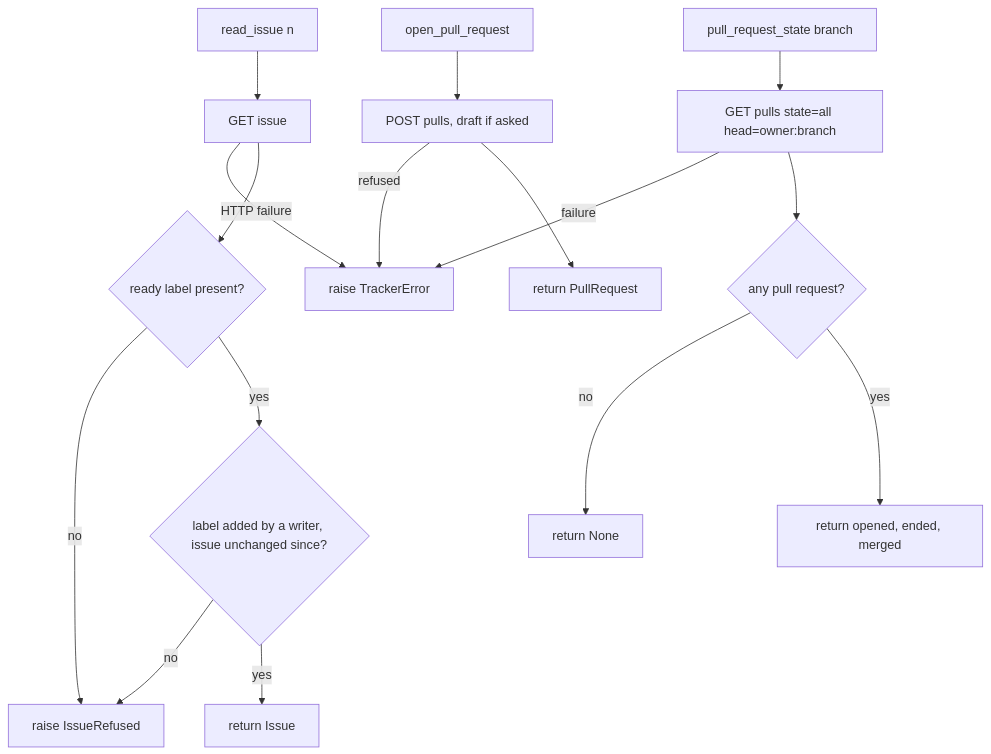
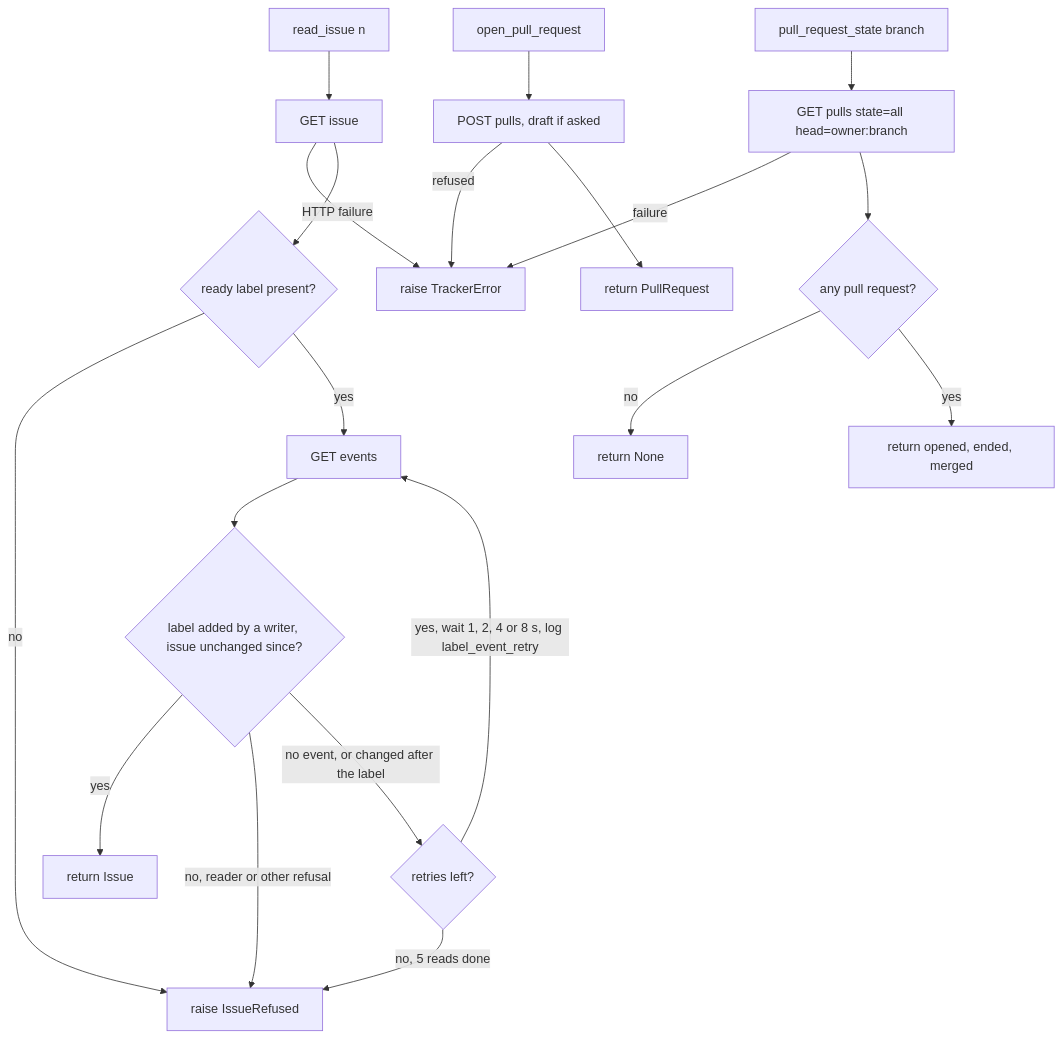
Before and after one commit to plaplanche/ariane: the first of 3 diagrams in docs/architecture/modules/github.md, drawn with Mermaid. The commit also changed other lines of this file and 2 other files, not shown here.

Commit message:
#138: fix round 1

````diff
--- a/docs/architecture/modules/github.md
+++ b/docs/architecture/modules/github.md
@@ -22,18 +22,22 @@
 ```mermaid
 flowchart TD
   A[read_issue n] --> B[GET issue]
   B -- HTTP failure --> X[raise TrackerError]
   B --> C{ready label present?}
   C -- no --> Y[raise IssueRefused]
-  C -- yes --> D{label added by a writer, issue unchanged since?}
-  D -- no --> Y
+  C -- yes --> R[GET events]
+  R --> D{label added by a writer, issue unchanged since?}
   D -- yes --> E[return Issue]
+  D -- no, reader or other refusal --> Y
+  D -- no event, or changed after the label --> W{retries left?}
+  W -- yes, wait 1, 2, 4 or 8 s, log label_event_retry --> R
+  W -- no, 5 reads done --> Y
   F[open_pull_request] --> G[POST pulls, draft if asked]
   G -- refused --> X
   G --> H[return PullRequest]
   I[pull_request_state branch] --> J[GET pulls state=all head=owner:branch]
   J -- failure --> X
   J --> K{any pull request?}
   K -- no --> L[return None]
   K -- yes --> M[return opened, ended, merged]
 ```
````
